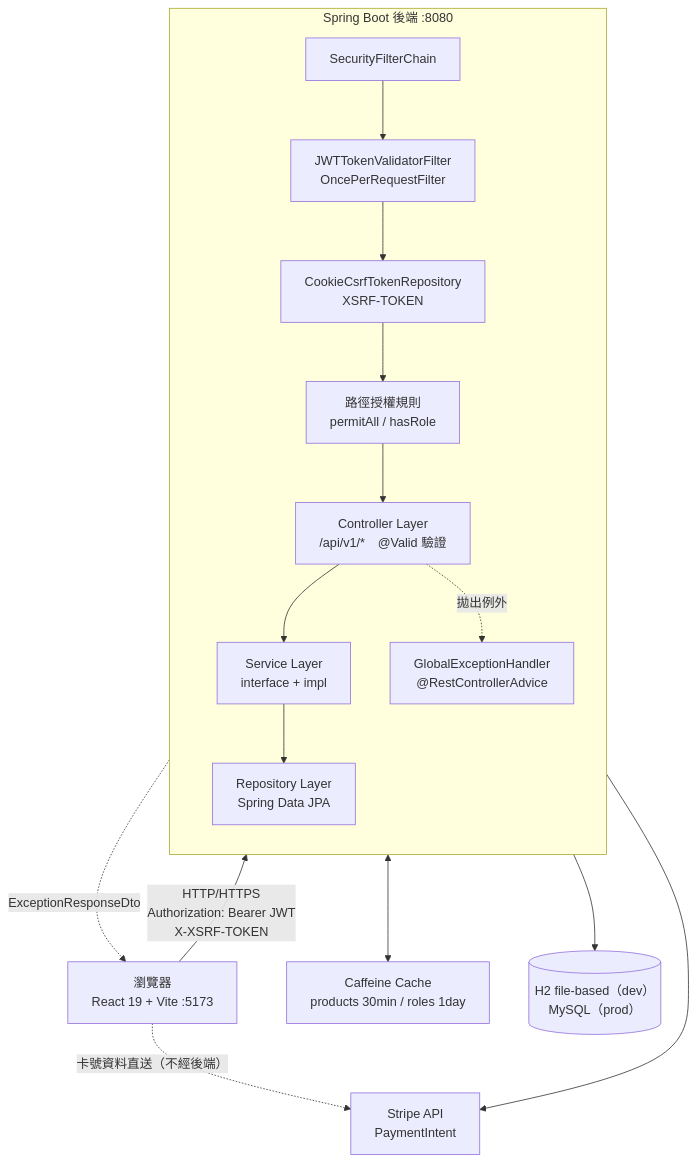
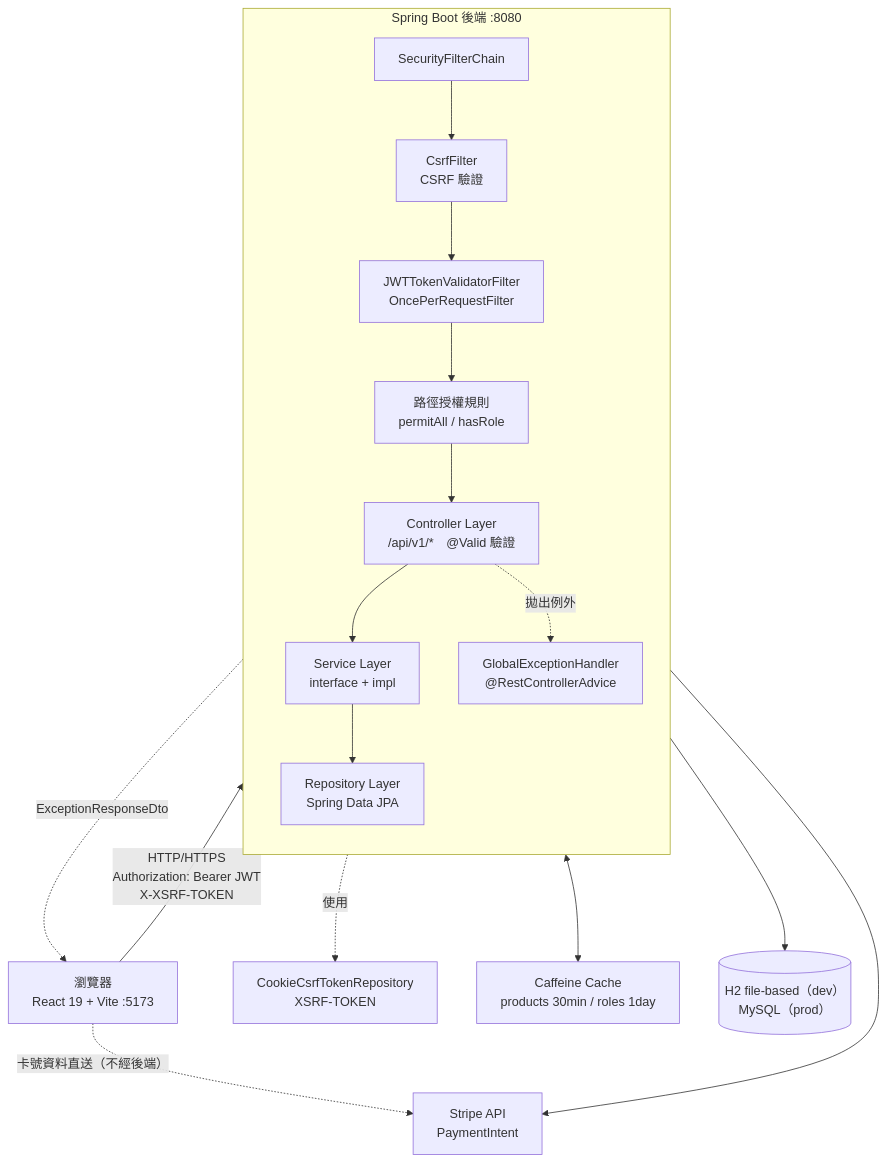
Before and after one commit to tonysk0210/react-springboot-webapp: the fourth of 5 diagrams in README.md, drawn with Mermaid.

````diff
--- a/README.md
+++ b/README.md
@@ -157,30 +157,33 @@
 ```mermaid
 flowchart TB
     Browser["瀏覽器<br/>React 19 + Vite :5173"]
 
     subgraph Backend["Spring Boot 後端 :8080"]
         direction TB
         SFC["SecurityFilterChain"]
-		CSRF["CookieCsrfTokenRepository<br/>XSRF-TOKEN"]
+        CSRF["CsrfFilter<br/>CSRF 驗證"]
         JWT["JWTTokenValidatorFilter<br/>OncePerRequestFilter"]
         AUTHZ["路徑授權規則<br/>permitAll / hasRole"]
         CTRL["Controller Layer<br/>/api/v1/*　@Valid 驗證"]
         SVC["Service Layer<br/>interface + impl"]
         REPO["Repository Layer<br/>Spring Data JPA"]
         GEH["GlobalExceptionHandler<br/>@RestControllerAdvice"]
     end
 
+    CSRFR["CookieCsrfTokenRepository<br/>XSRF-TOKEN"]
+
     Cache["Caffeine Cache<br/>products 30min / roles 1day"]
     DB[("H2 file-based（dev）<br/>MySQL（prod）")]
     Stripe["Stripe API<br/>PaymentIntent"]
 
     Browser -- "HTTP/HTTPS<br/>Authorization: Bearer JWT<br/>X-XSRF-TOKEN" --> SFC
-    SFC --> JWT --> CSRF --> AUTHZ --> CTRL
+    SFC --> CSRF --> JWT --> AUTHZ --> CTRL
+    CSRF -.使用.-> CSRFR
     CTRL --> SVC
     SVC <--> Cache
     SVC --> REPO --> DB
     SVC --> Stripe
     CTRL -.拋出例外.-> GEH
     GEH -. "ExceptionResponseDto" .-> Browser
     Browser -. "卡號資料直送（不經後端）" .-> Stripe
 ```
````
